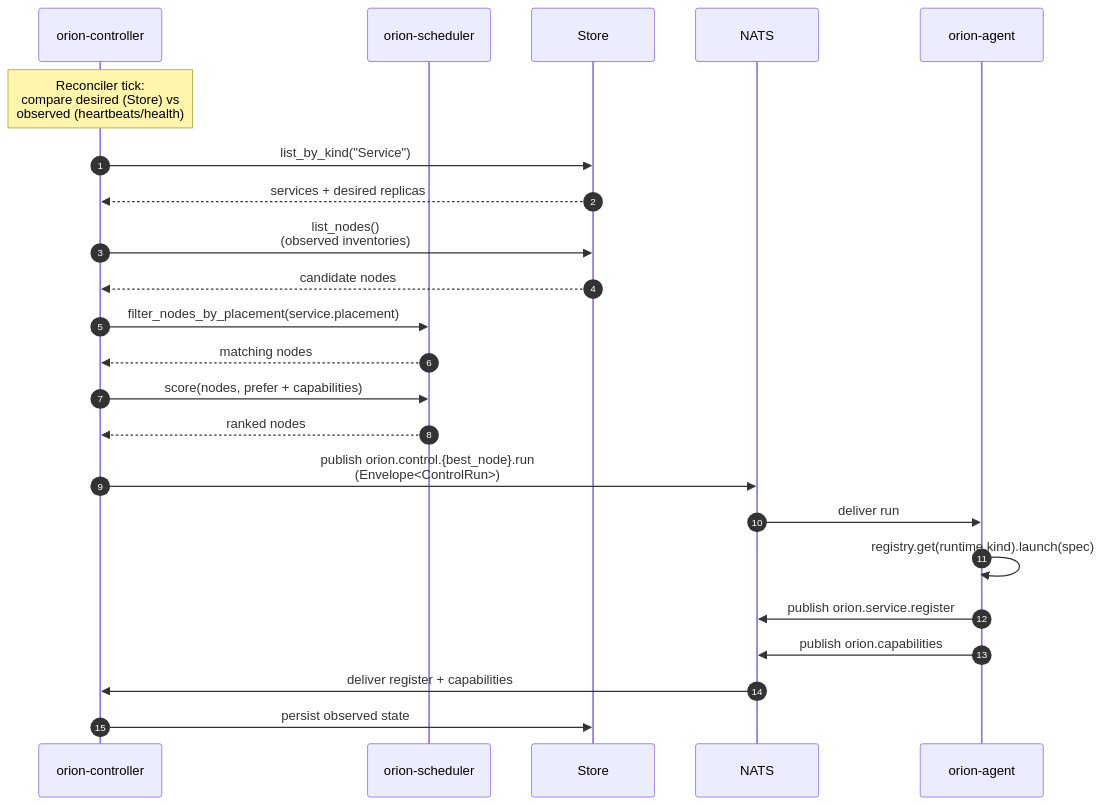
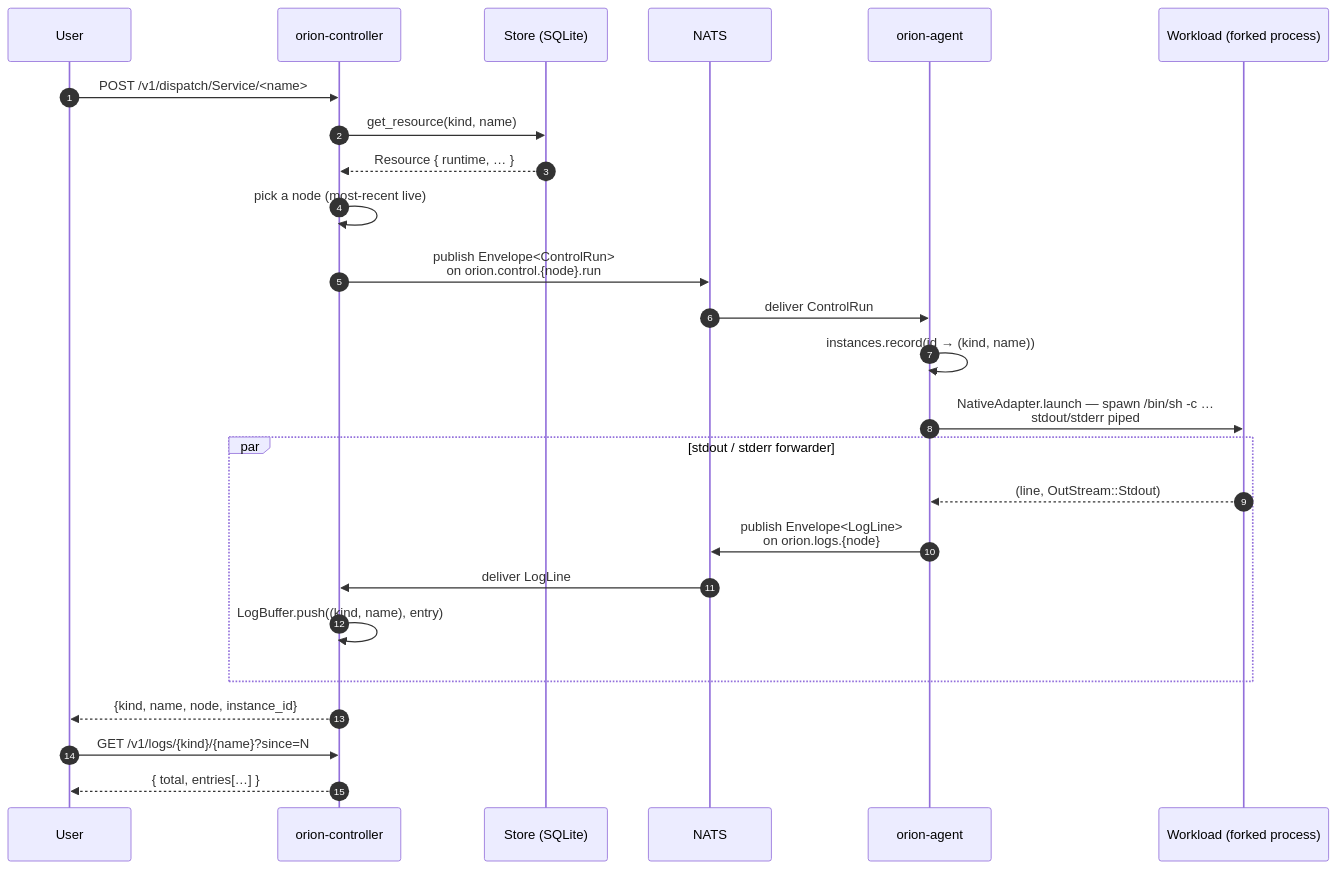
The ninth of 13 diagrams in docs/architecture.md (geekychris/orion_mesh), drawn with Mermaid before and after one commit. The commit also changed other lines of this file and 4 other files, not shown here.

First line of the commit message:
docs: cover Phase A/B/C — dispatch, logs, schedules, IPC + an annotated examples guide

````diff
--- a/docs/architecture.md
+++ b/docs/architecture.md
@@ -381,27 +381,29 @@
 ```mermaid
 sequenceDiagram
     autonumber
+    participant U as User
     participant C as orion-controller
-    participant SC as orion-scheduler
-    participant S as Store
+    participant S as Store (SQLite)
     participant N as NATS
     participant A as orion-agent
+    participant W as Workload (forked process)
 
-    Note over C: Reconciler tick:<br/>compare desired (Store) vs<br/>observed (heartbeats/health)
+    U->>C: POST /v1/dispatch/Service/<name>
+    C->>S: get_resource(kind, name)
+    S-->>C: Resource { runtime, … }
+    C->>C: pick a node (most-recent live)
+    C->>N: publish Envelope<ControlRun><br/>on orion.control.{node}.run
+    N->>A: deliver ControlRun
+    A->>A: instances.record(id → (kind, name))
+    A->>W: NativeAdapter.launch — spawn /bin/sh -c …<br/>stdout/stderr piped
+    par stdout / stderr forwarder
+        W-->>A: (line, OutStream::Stdout)
+        A->>N: publish Envelope<LogLine><br/>on orion.logs.{node}
+        N->>C: deliver LogLine
+        C->>C: LogBuffer.push((kind, name), entry)
+    end
+    C-->>U: {kind, name, node, instance_id}
 
-    C->>S: list_by_kind("Service")
-    S-->>C: services + desired replicas
-    C->>S: list_nodes()<br/>(observed inventories)
-    S-->>C: candidate nodes
-    C->>SC: filter_nodes_by_placement(service.placement)
-    SC-->>C: matching nodes
-    C->>SC: score(nodes, prefer + capabilities)
-    SC-->>C: ranked nodes
-    C->>N: publish orion.control.{best_node}.run<br/>(Envelope<ControlRun>)
-    N->>A: deliver run
-    A->>A: registry.get(runtime.kind).launch(spec)
-    A->>N: publish orion.service.register
-    A->>N: publish orion.capabilities
-    N->>C: deliver register + capabilities
-    C->>S: persist observed state
+    U->>C: GET /v1/logs/{kind}/{name}?since=N
+    C-->>U: { total, entries[…] }
 ```
````
